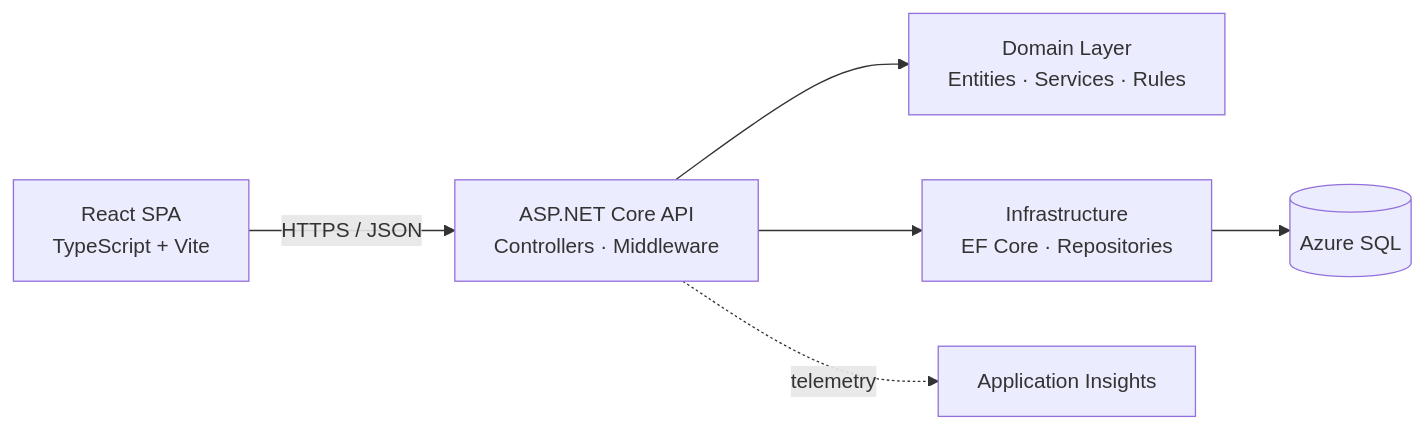
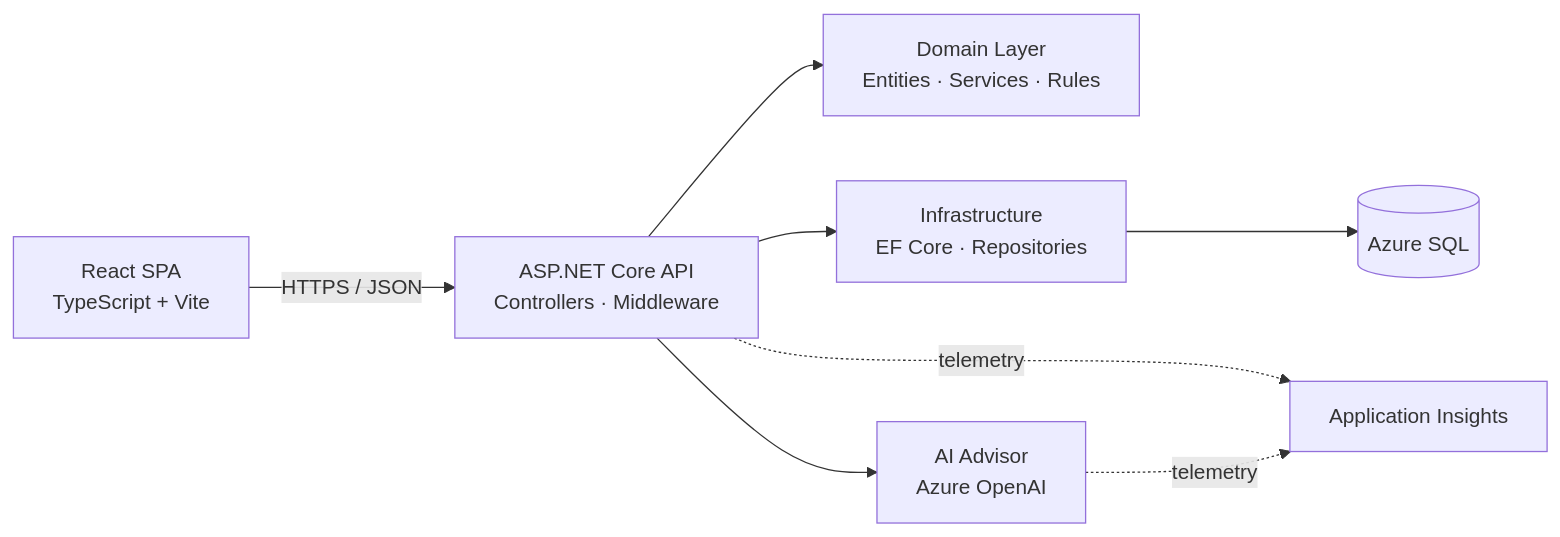
The first of 2 diagrams in README.md (WZJoyce/PoApproval), drawn with Mermaid before and after one commit. The commit also changed other lines of this file and 2 other files, not shown here.

````diff
--- a/README.md
+++ b/README.md
@@ -15,15 +26,17 @@
 ```mermaid
 flowchart LR
     Browser[React SPA<br/>TypeScript + Vite]
     Api[ASP.NET Core API<br/>Controllers · Middleware]
     Domain[Domain Layer<br/>Entities · Services · Rules]
     Infra[Infrastructure<br/>EF Core · Repositories]
+    Advisor[AI Advisor<br/>Azure OpenAI]
     Db[(Azure SQL)]
     Insights[Application Insights]
-
     Browser -->|HTTPS / JSON| Api
     Api --> Domain
     Api --> Infra
+    Api --> Advisor
     Infra --> Db
     Api -.telemetry.-> Insights
+    Advisor -.telemetry.-> Insights
 ```
````
